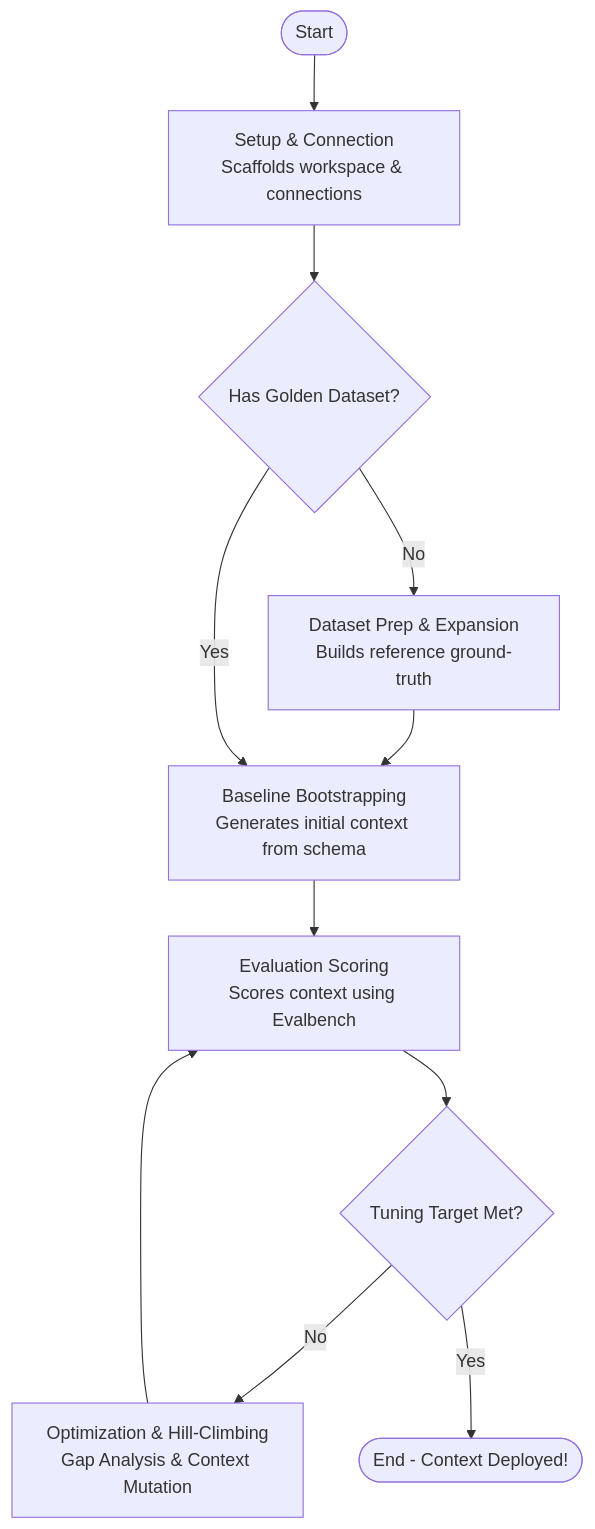
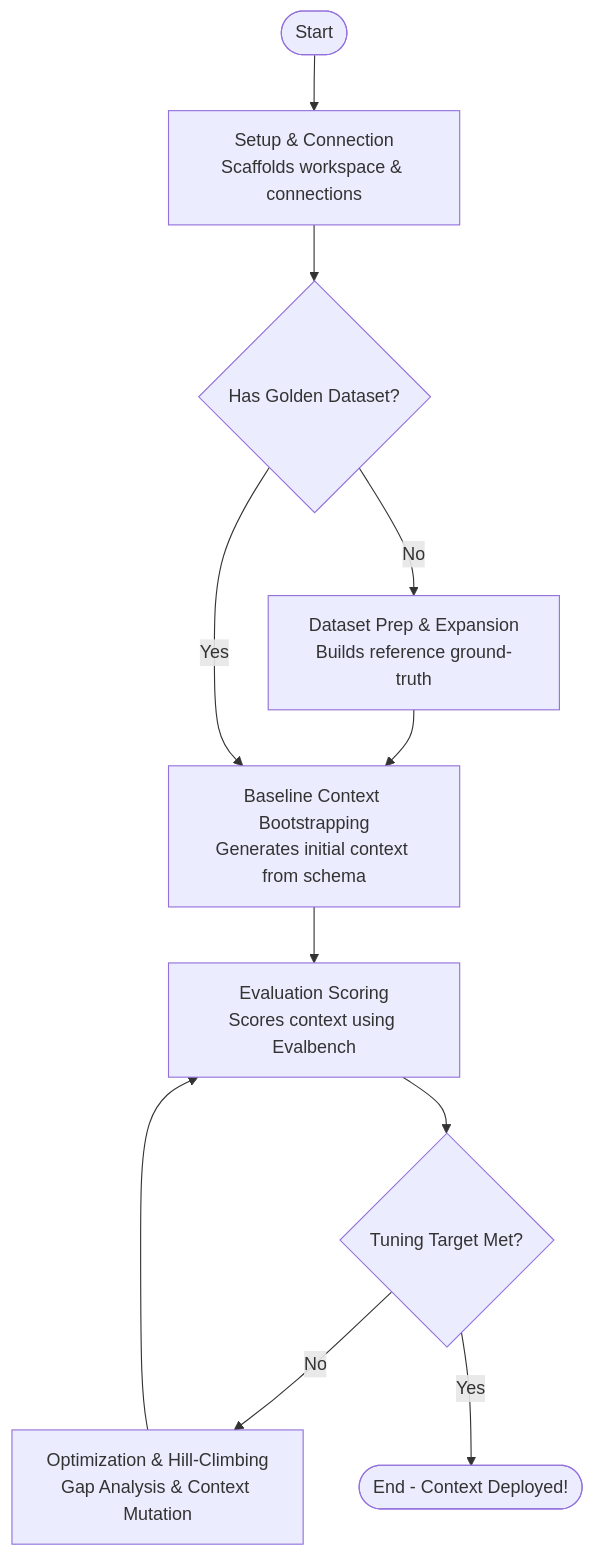
The diagram in plugin/skills/context-engineering-workflow/SKILL.md (GoogleCloudPlatform/db-context-enrichment), drawn with Mermaid before and after one commit. The commit also changed other lines of this file and 6 other files, not shown here.

````diff
--- a/plugin/skills/context-engineering-workflow/SKILL.md
+++ b/plugin/skills/context-engineering-workflow/SKILL.md
@@ -27,22 +18,22 @@
 ```mermaid
 flowchart TD
     Start([Start]) --> Setup[Setup & Connection
 Scaffolds workspace & connections]
     Setup --> Prep{Has Golden Dataset?}
     
     Prep -- No --> DatasetPrep[Dataset Prep & Expansion
 Builds reference ground-truth]
-    DatasetPrep --> Bootstrap[Baseline Bootstrapping
+    DatasetPrep --> Bootstrap[Baseline Context Bootstrapping
 Generates initial context from schema]
     Prep -- Yes --> Bootstrap
     
     Bootstrap --> Evaluate[Evaluation Scoring
 Scores context using Evalbench]
     Evaluate --> Loop{Tuning Target Met?}
     
     Loop -- No --> Hillclimb[Optimization & Hill-Climbing
 Gap Analysis & Context Mutation]
     Hillclimb --> Evaluate
     
     Loop -- Yes --> End([End - Context Deployed!])
 ```
````
